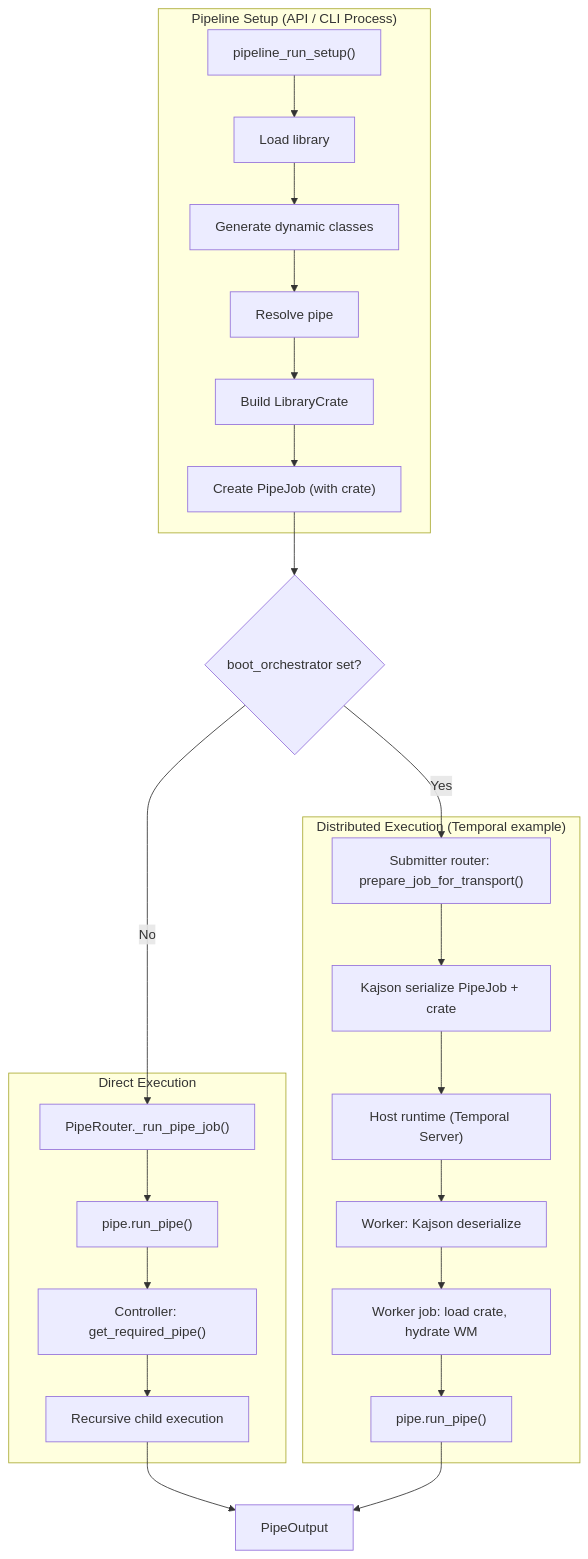
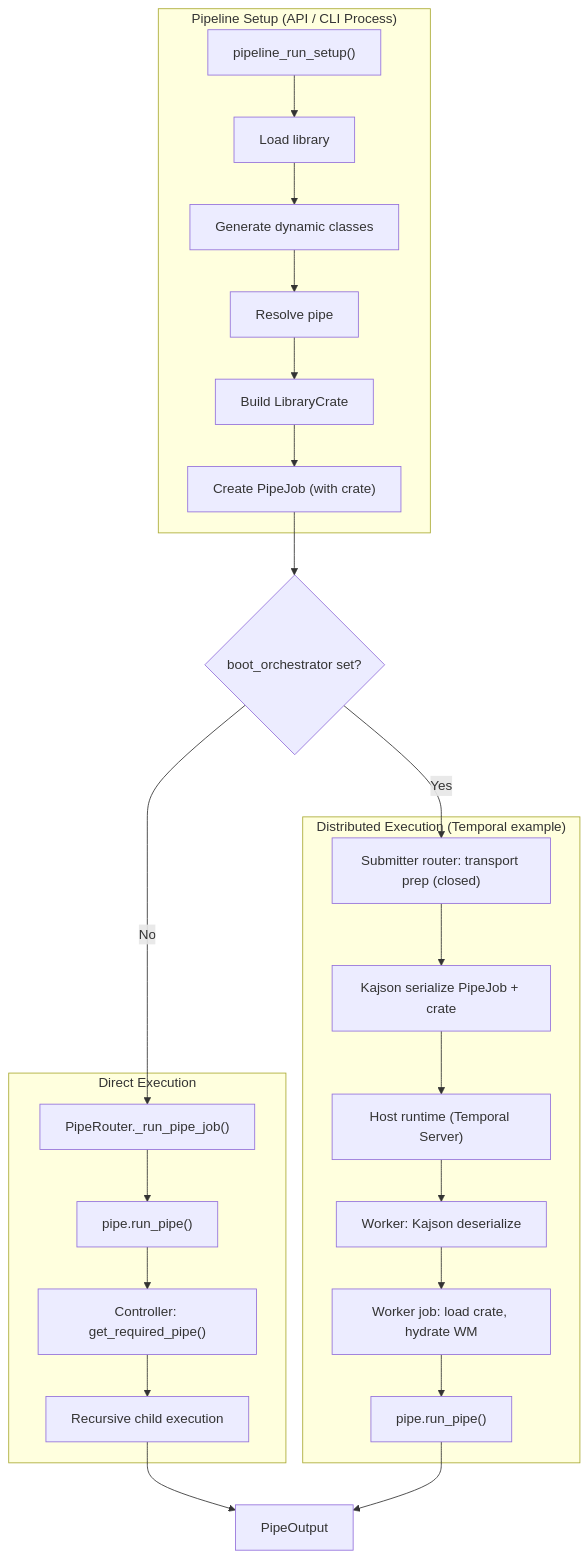
The second of 2 diagrams in docs/under-the-hood/pipe-routing-and-execution.md (Pipelex/pipelex), drawn with Mermaid before and after one commit. The commit also changed other lines of this file and 11 other files, not shown here.

````diff
--- a/docs/under-the-hood/pipe-routing-and-execution.md
+++ b/docs/under-the-hood/pipe-routing-and-execution.md
@@ -248,40 +248,40 @@
 ```mermaid
 flowchart TB
     subgraph Setup["Pipeline Setup (API / CLI Process)"]
         S1["pipeline_run_setup()"]
         S2["Load library"]
         S3["Generate dynamic classes"]
         S4["Resolve pipe"]
         S5["Build LibraryCrate"]
         S6["Create PipeJob (with crate)"]
         S1 --> S2 --> S3 --> S4 --> S5 --> S6
     end
 
     S6 --> Decision{boot_orchestrator set?}
 
     subgraph Direct["Direct Execution"]
         D1["PipeRouter._run_pipe_job()"]
         D2["pipe.run_pipe()"]
         D3["Controller: get_required_pipe()"]
         D4["Recursive child execution"]
         D1 --> D2
         D2 --> D3
         D3 --> D4
     end
 
     subgraph Distributed["Distributed Execution (Temporal example)"]
-        T1["Submitter router: prepare_job_for_transport()"]
+        T1["Submitter router: transport prep (closed)"]
         T2["Kajson serialize PipeJob + crate"]
         T3["Host runtime (Temporal Server)"]
         T4["Worker: Kajson deserialize"]
         T5["Worker job: load crate, hydrate WM"]
         T6["pipe.run_pipe()"]
         T1 --> T2 --> T3 --> T4 --> T5 --> T6
     end
 
     Decision -- No --> D1
     Decision -- Yes --> T1
 
     D4 --> Result["PipeOutput"]
     T6 --> Result
 ```
````
